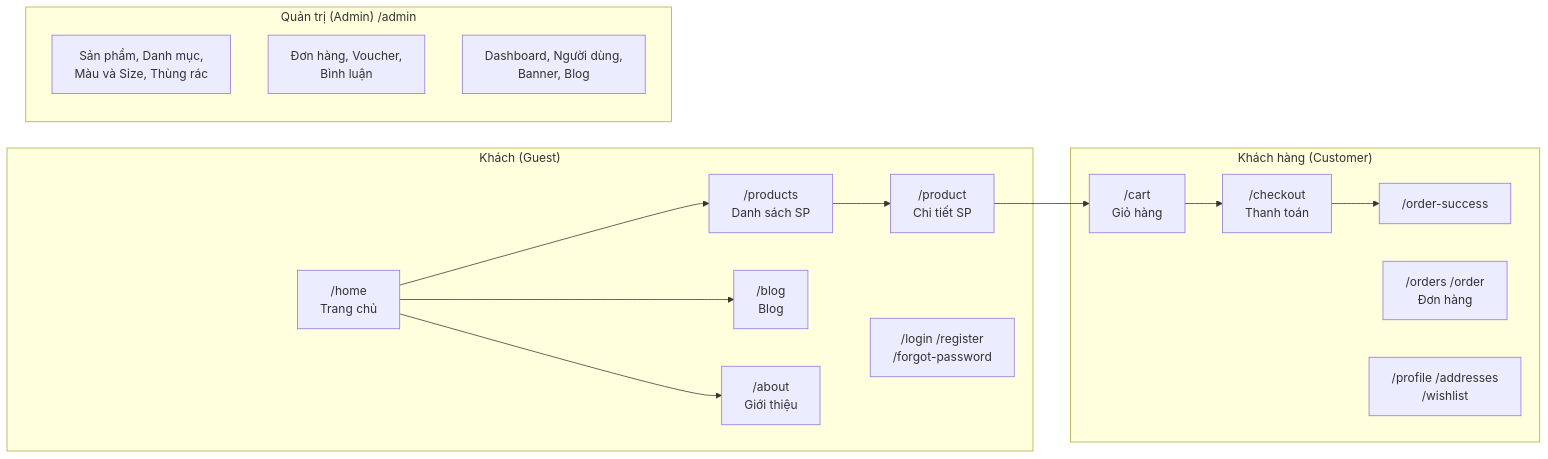
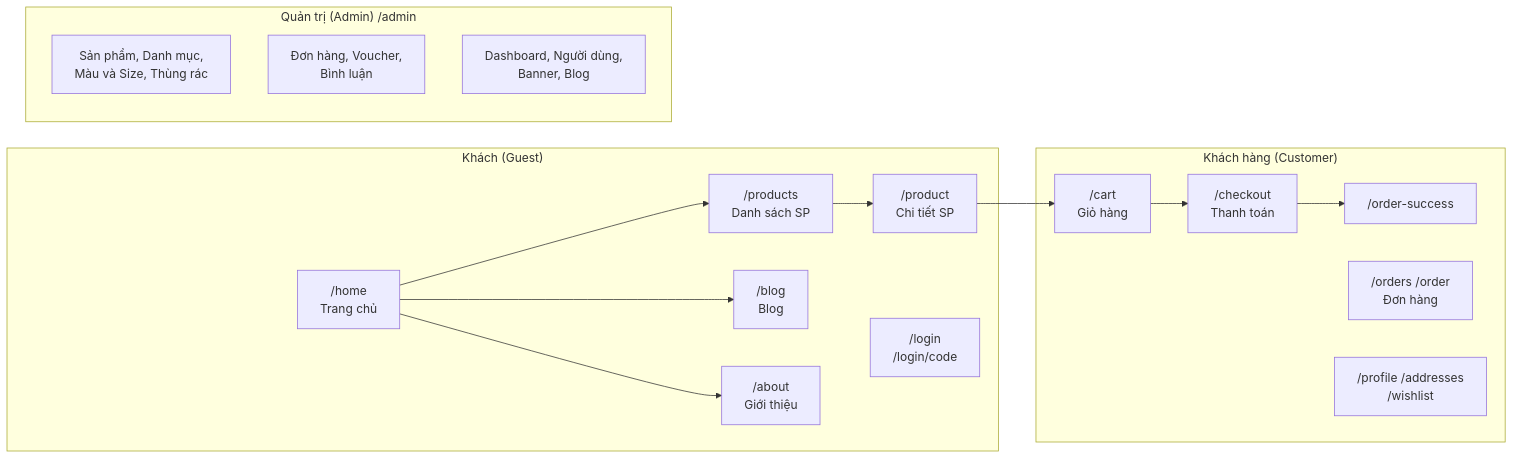
One commit to phucdgty00253-code/SOF309_SD21308_TY00253_DoGiaPhuc changed the first of 2 diagrams in docs/project-overview.md. Above: the diagram before and after it, drawn with Mermaid. The commit also changed other lines of this file and 33 other files, not shown here.

````diff
--- a/docs/project-overview.md
+++ b/docs/project-overview.md
@@ -16,22 +16,22 @@
 ```mermaid
 flowchart LR
     subgraph G["Khách (Guest)"]
         home["/home<br/>Trang chủ"] --> products["/products<br/>Danh sách SP"]
         products --> product["/product<br/>Chi tiết SP"]
         home --> blog["/blog<br/>Blog"]
         home --> about["/about<br/>Giới thiệu"]
-        login["/login /register<br/>/forgot-password"]
+        login["/login<br/>/login/code"]
     end
     subgraph C["Khách hàng (Customer)"]
         cart["/cart<br/>Giỏ hàng"] --> checkout["/checkout<br/>Thanh toán"]
         checkout --> success["/order-success"]
         orders["/orders /order<br/>Đơn hàng"]
         acc["/profile /addresses<br/>/wishlist"]
     end
     subgraph A["Quản trị (Admin) /admin"]
         a1["Sản phẩm, Danh mục,<br/>Màu và Size, Thùng rác"]
         a2["Đơn hàng, Voucher,<br/>Bình luận"]
         a3["Dashboard, Người dùng,<br/>Banner, Blog"]
     end
     product --> cart
 ```
````
